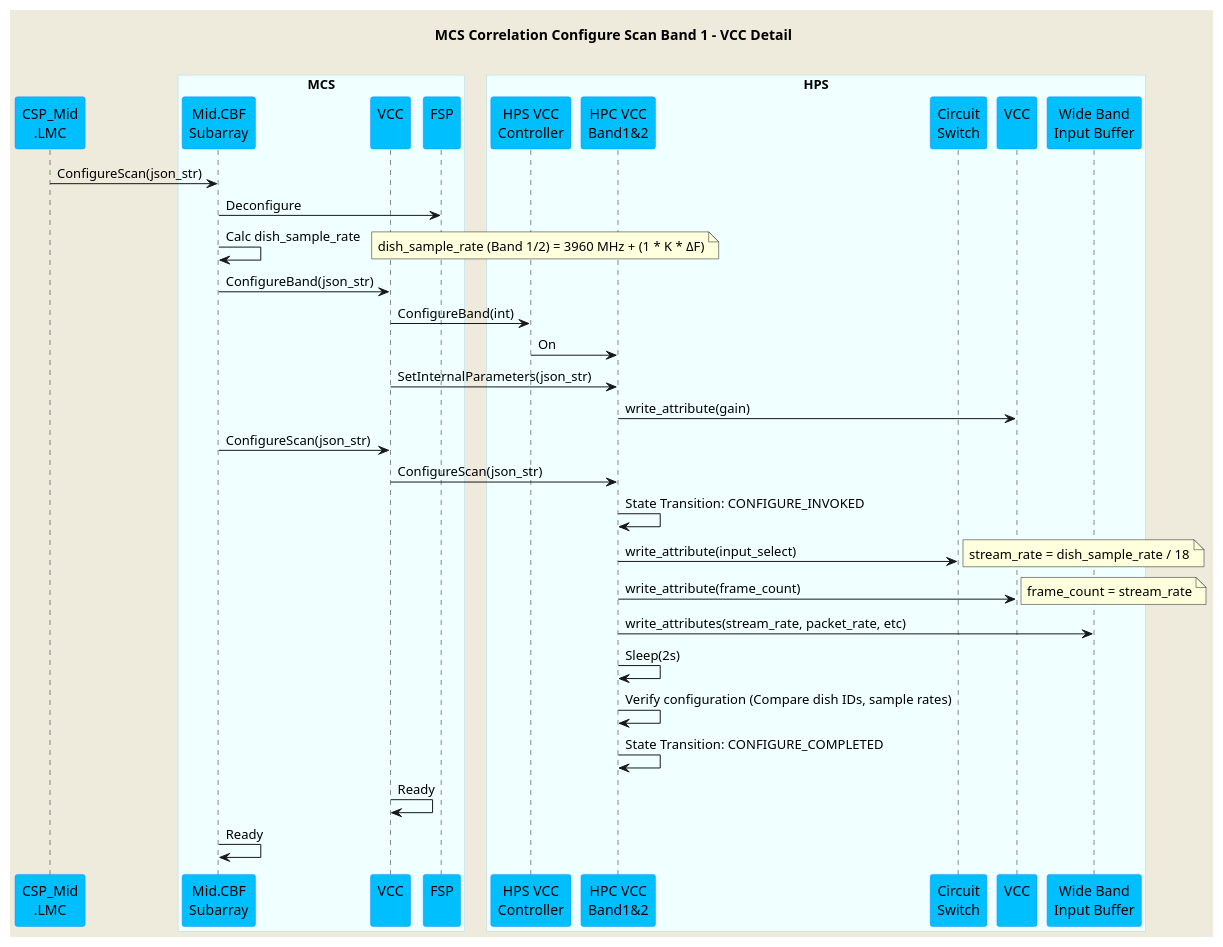
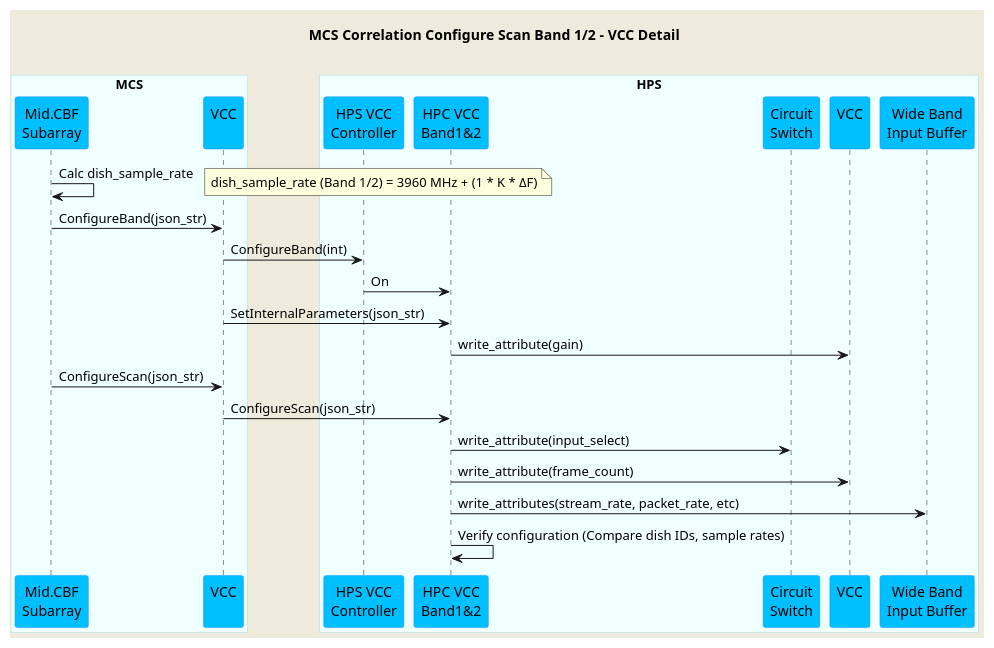
Before and after one commit to ska-telescope/mid-cbf-mcs: the diagram in docs/src/diagrams/configure-scan-vcc.puml, drawn with PlantUML. The commit also changed 1 other file, not shown here.

```diff
--- a/docs/src/diagrams/configure-scan-vcc.puml
+++ b/docs/src/diagrams/configure-scan-vcc.puml
@@ -1,56 +1,44 @@
 @startuml
 'https://plantuml.com/sequence-diagram
 
 skinparam backgroundColor #EEEBDC
 skinparam sequence {
 ParticipantBorderColor DodgerBlue
 ParticipantBackgroundColor DeepSkyBlue
 ActorBorderColor DarkGreen
 ActorBackgroundColor Green
 BoxBorderColor LightBlue
 BoxBackgroundColor #F0FFFF
 }
 
-title MCS Correlation Configure Scan Band 1 - VCC Detail\n
-
-participant "CSP_Mid\n.LMC" as lmc
+title MCS Correlation Configure Scan Band 1/2 - VCC Detail\n
 
 box "MCS"
 participant "Mid.CBF\nSubarray" as subarray
 participant "VCC\n" as vcc
-participant "FSP\n" as fsp
 end box
 
 box "HPS"
 participant "HPS VCC\nController" as hpsvcc
 participant "HPC VCC\nBand1&2" as vccband1
 participant "Circuit\nSwitch" as cs
 participant "VCC\n" as vccdevice
 participant "Wide Band\nInput Buffer" as wb
 end box
 
-lmc         -> subarray     : ConfigureScan(json_str)
-subarray    -> fsp          : Deconfigure
 subarray    -> subarray     : Calc dish_sample_rate
 note right                  : dish_sample_rate (Band 1/2) = 3960 MHz + (1 * K * <U+0394>F)
 subarray    -> vcc          : ConfigureBand(json_str)
 vcc         -> hpsvcc       : ConfigureBand(int)
 hpsvcc      -> vccband1     : On
 vcc         -> vccband1     : SetInternalParameters(json_str)
 vccband1    -> vccdevice    : write_attribute(gain)
 subarray    -> vcc          : ConfigureScan(json_str)
 vcc         -> vccband1     : ConfigureScan(json_str)
-vccband1    -> vccband1     : State Transition: CONFIGURE_INVOKED
 vccband1    -> cs           : write_attribute(input_select)
-note right                  : stream_rate = dish_sample_rate / 18
 vccband1    -> vccdevice    : write_attribute(frame_count)
-note right                  : frame_count = stream_rate
 vccband1    -> wb           : write_attributes(stream_rate, packet_rate, etc)
-vccband1    -> vccband1     : Sleep(2s)
 vccband1    -> vccband1     : Verify configuration (Compare dish IDs, sample rates)
-vccband1    -> vccband1     : State Transition: CONFIGURE_COMPLETED
-vcc         -> vcc          : Ready
-subarray    -> subarray     : Ready
 
 
 @enduml
```
